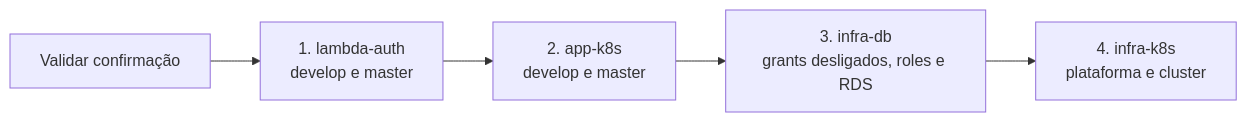
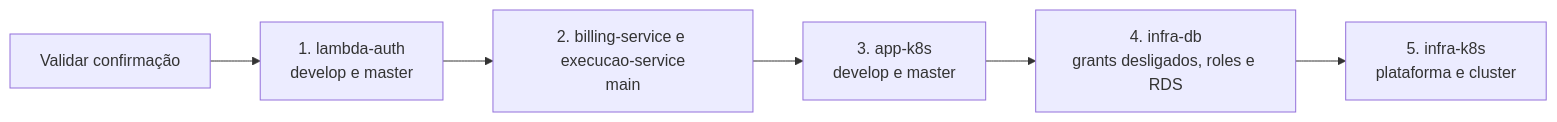
One commit to euthribeiro/infra-k8s changed the third of 3 diagrams in README.md. Above: the diagram before and after it, drawn with Mermaid. The commit also changed other lines of this file and 2 other files, not shown here.

Commit message:
feat: inclui billing e execucao nos orquestradores

````diff
--- a/README.md
+++ b/README.md
@@ -242,7 +249,8 @@
 ```mermaid
 flowchart LR
     V["Validar confirmação"] --> L["1. lambda-auth<br/>develop e master"]
-    L --> A["2. app-k8s<br/>develop e master"]
-    A --> D["3. infra-db<br/>grants desligados, roles e RDS"]
-    D --> K["4. infra-k8s<br/>plataforma e cluster"]
+    L --> S["2. billing-service e execucao-service<br/>main"]
+    S --> A["3. app-k8s<br/>develop e master"]
+    A --> D["4. infra-db<br/>grants desligados, roles e RDS"]
+    D --> K["5. infra-k8s<br/>plataforma e cluster"]
 ```
````
